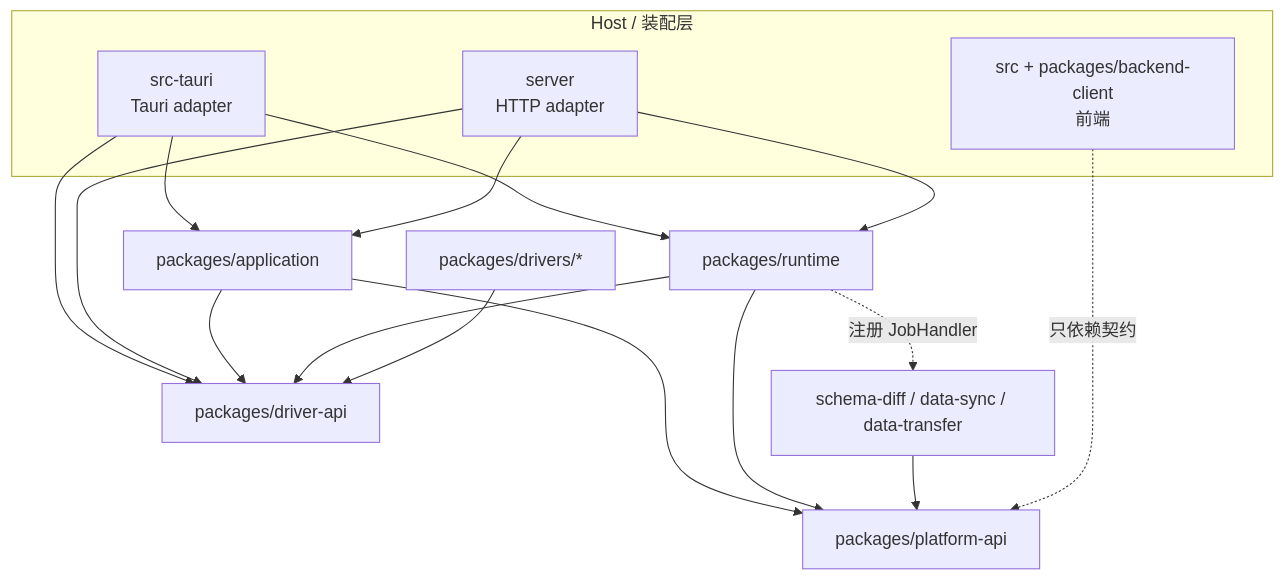
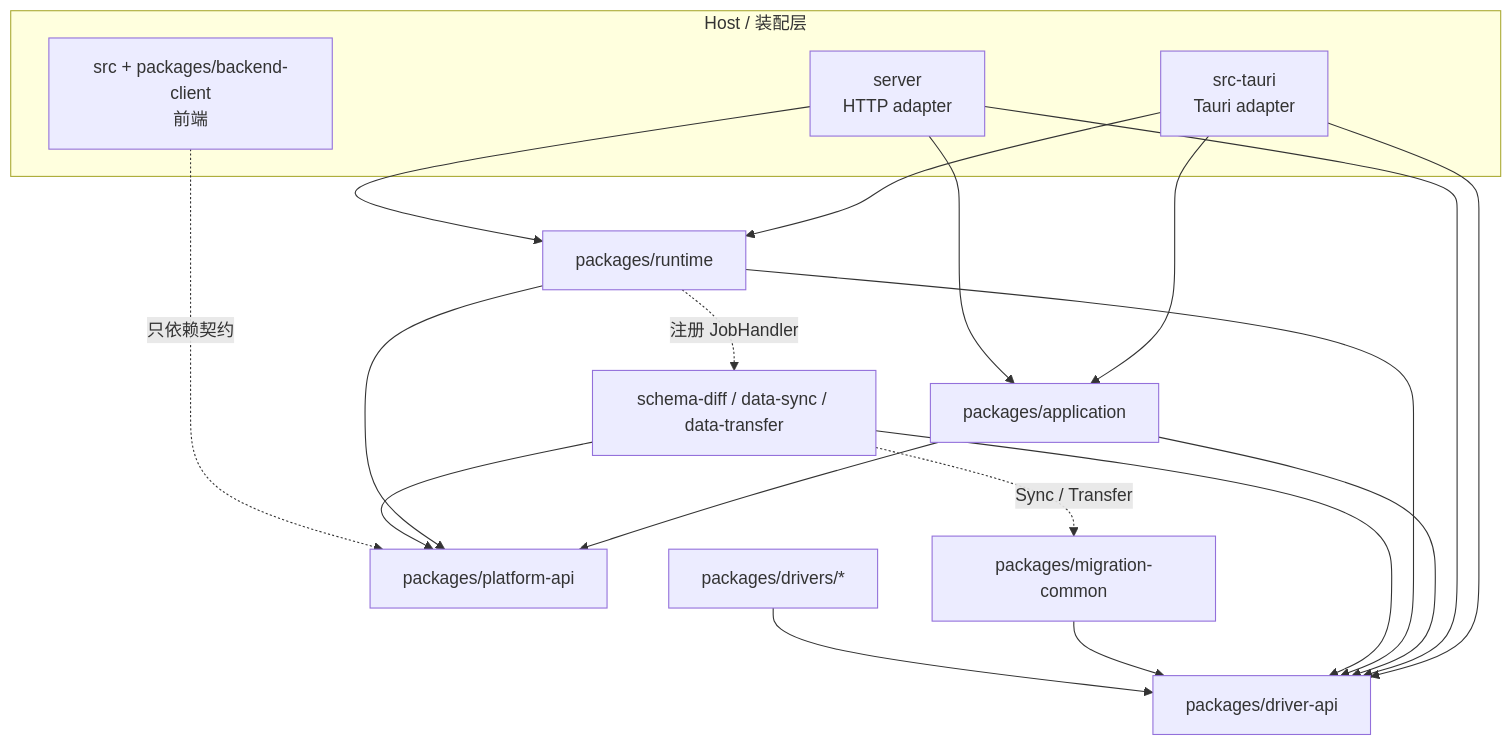
One commit to flyxl/datazen changed the first of 4 diagrams in docs/architecture/platform/shared-boundaries-and-ports.md. Above: the diagram before and after it, drawn with Mermaid. The commit also changed other lines of this file and 31 other files, not shown here.

````diff
--- a/docs/architecture/platform/shared-boundaries-and-ports.md
+++ b/docs/architecture/platform/shared-boundaries-and-ports.md
@@ -101,29 +101,33 @@
 ```mermaid
 flowchart TD
     subgraph host[Host / 装配层]
         TA[src-tauri<br/>Tauri adapter]
         SRV[server<br/>HTTP adapter]
         FE[src + packages/backend-client<br/>前端]
     end
     APP[packages/application]
     RT[packages/runtime]
     PA[packages/platform-api]
     DAPI[packages/driver-api]
     DOM[schema-diff / data-sync / data-transfer]
+    MC[packages/migration-common]
     DRV[packages/drivers/*]
 
     TA --> APP
     TA --> RT
     TA --> DAPI
     SRV --> APP
     SRV --> RT
     SRV --> DAPI
     APP --> PA
     APP --> DAPI
     RT --> PA
     RT --> DAPI
     RT -.注册 JobHandler.-> DOM
     DOM --> PA
+    DOM --> DAPI
+    DOM -.Sync / Transfer.-> MC
+    MC --> DAPI
     DRV --> DAPI
     FE -.只依赖契约.-> PA
 ```
````
